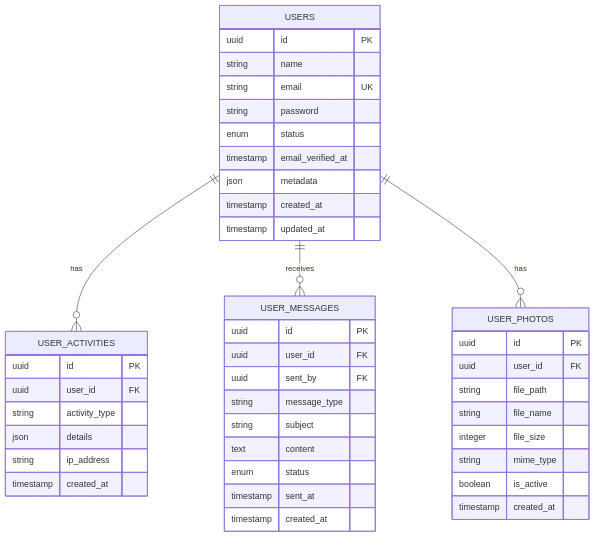
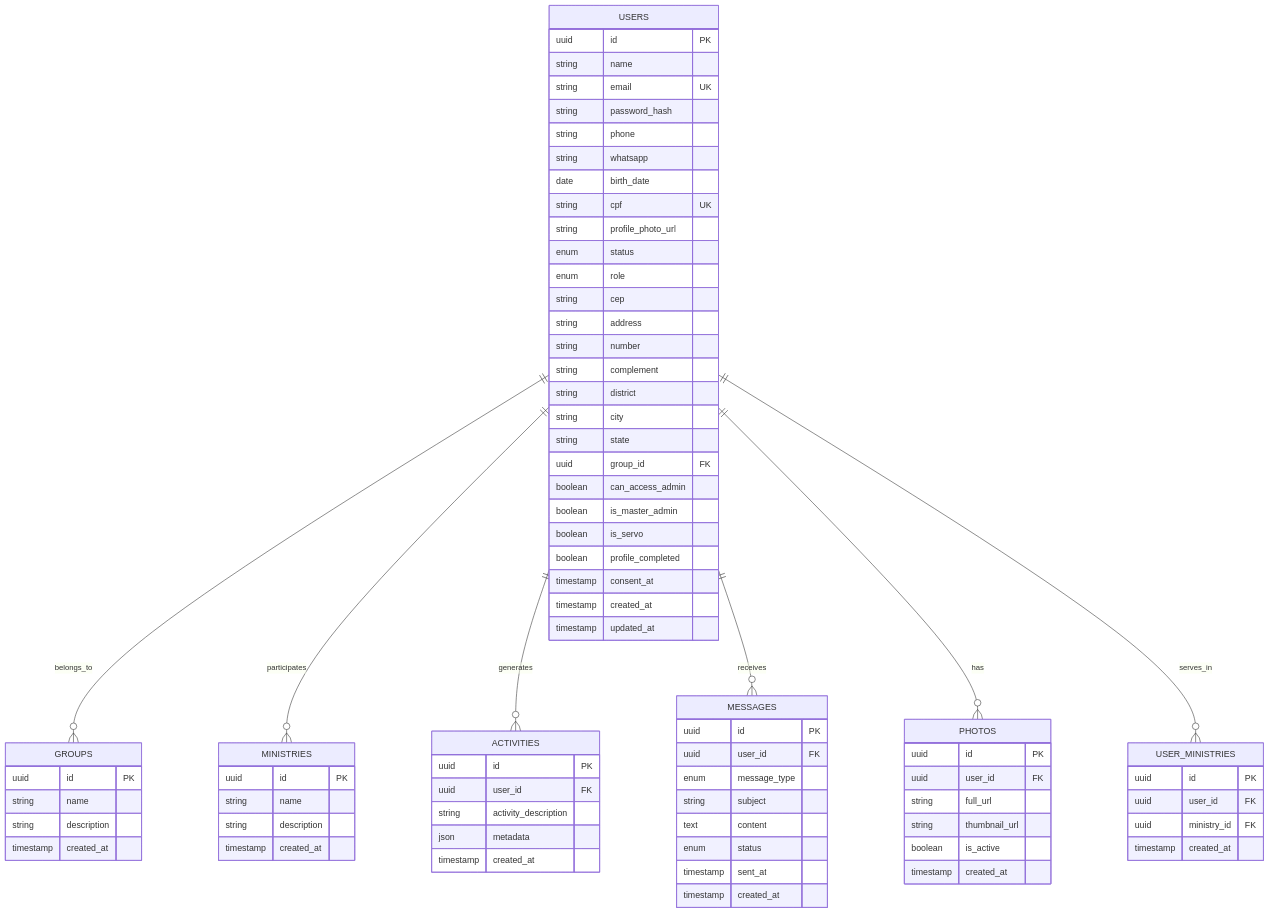
Before and after one commit to criverdim/siterccnovo: the third of 3 diagrams in .trae/documents/admin-users-redesign-technical.md, drawn with Mermaid. The commit also changed other lines of this file and 25 other files, not shown here.

````diff
--- a/.trae/documents/admin-users-redesign-technical.md
+++ b/.trae/documents/admin-users-redesign-technical.md
@@ -148,49 +235,86 @@
 ```mermaid
 erDiagram
-    USERS ||--o{ USER_ACTIVITIES : has
-    USERS ||--o{ USER_MESSAGES : receives
-    USERS ||--o{ USER_PHOTOS : has
-    
+    USERS ||--o{ GROUPS : belongs_to
+    USERS ||--o{ MINISTRIES : participates
+    USERS ||--o{ ACTIVITIES : generates
+    USERS ||--o{ MESSAGES : receives
+    USERS ||--o{ PHOTOS : has
+    USERS ||--o{ USER_MINISTRIES : serves_in
+
     USERS {
         uuid id PK
         string name
         string email UK
-        string password
+        string password_hash
+        string phone
+        string whatsapp
+        date birth_date
+        string cpf UK
+        string profile_photo_url
         enum status
-        timestamp email_verified_at
-        json metadata
+        enum role
+        string cep
+        string address
+        string number
+        string complement
+        string district
+        string city
+        string state
+        uuid group_id FK
+        boolean can_access_admin
+        boolean is_master_admin
+        boolean is_servo
+        boolean profile_completed
+        timestamp consent_at
         timestamp created_at
         timestamp updated_at
     }
-    
-    USER_ACTIVITIES {
+
+    GROUPS {
+        uuid id PK
+        string name
+        string description
+        timestamp created_at
+    }
+
+    MINISTRIES {
+        uuid id PK
+        string name
+        string description
+        timestamp created_at
+    }
+
+    USER_MINISTRIES {
         uuid id PK
         uuid user_id FK
-        string activity_type
-        json details
-        string ip_address
+        uuid ministry_id FK
         timestamp created_at
     }
-    
-    USER_MESSAGES {
+
+    ACTIVITIES {
         uuid id PK
         uuid user_id FK
-        uuid sent_by FK
-        string message_type
+        string activity_description
+        json metadata
+        timestamp created_at
+    }
+
+    MESSAGES {
+        uuid id PK
+        uuid user_id FK
+        enum message_type
         string subject
         text content
         enum status
         timestamp sent_at
         timestamp created_at
     }
-    
-    USER_PHOTOS {
+
+    PHOTOS {
         uuid id PK
         uuid user_id FK
-        string file_path
-        string file_name
-        integer file_size
-        string mime_type
+        string full_url
+        string thumbnail_url
         boolean is_active
         timestamp created_at
     }
````
